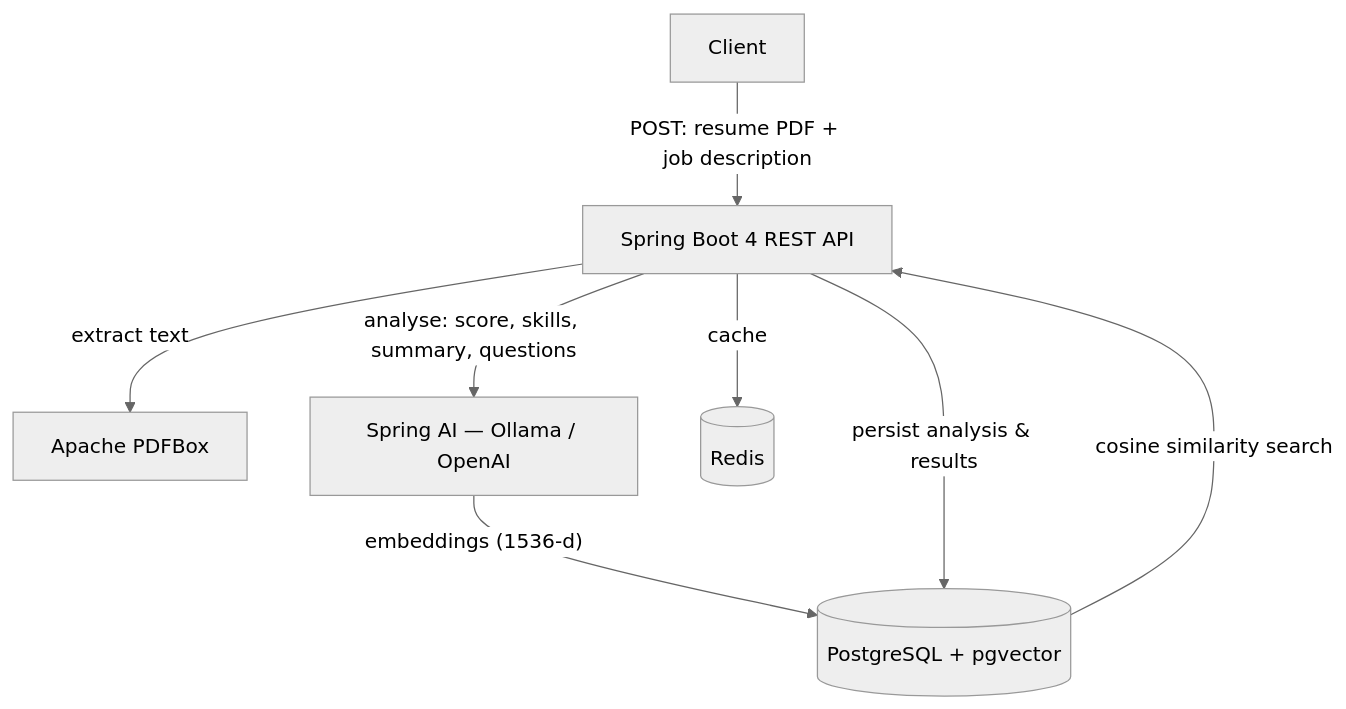
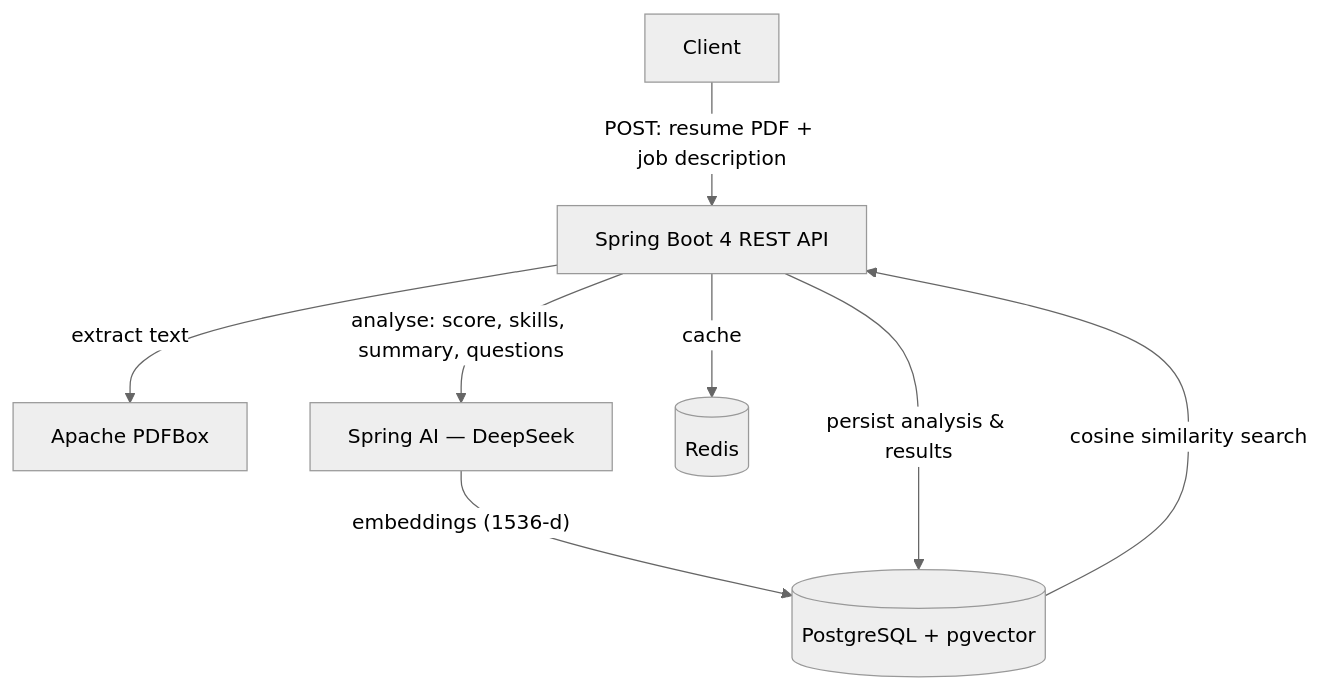
One commit to srikanthchandra174/resume-analyzer changed the diagram in README.md. Above: the diagram before and after it, drawn with Mermaid (neutral theme). The commit also changed other lines of this file and 9 other files, not shown here.

First line of the commit message:
Switch LLM to DeepSeek and support local setup without Docker

````diff
--- a/README.md
+++ b/README.md
@@ -28,10 +28,10 @@
 ```mermaid
 flowchart TD
   C["Client"] -->|"POST: resume PDF + job description"| API["Spring Boot 4 REST API"]
   API -->|extract text| PDF["Apache PDFBox"]
-  API -->|"analyse: score, skills, summary, questions"| AI["Spring AI — Ollama / OpenAI"]
+  API -->|"analyse: score, skills, summary, questions"| AI["Spring AI — DeepSeek"]
   AI -->|"embeddings (1536-d)"| PG[("PostgreSQL + pgvector")]
   API -->|persist analysis & results| PG
   API -->|cache| REDIS[("Redis")]
   PG -->|cosine similarity search| API
 ```
````
